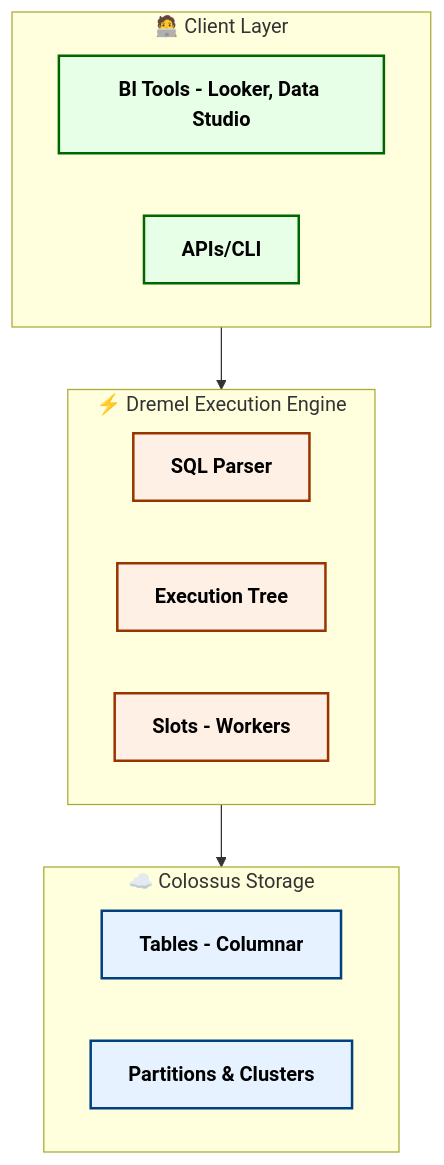
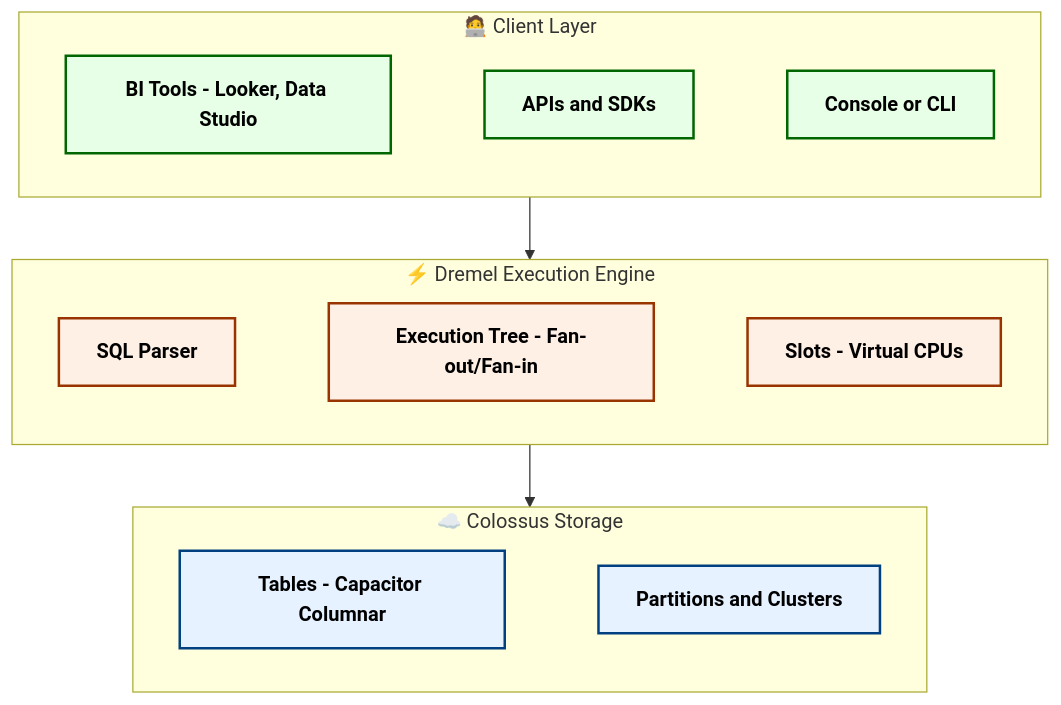
Before and after one commit to blaire101/DE2-AWS-Azure-GCP-2025: the first of 5 diagrams in GCP-interview.md, drawn with Mermaid. The commit also changed other lines of this file, not shown here.

`````diff
--- a/GCP-interview.md
+++ b/GCP-interview.md
@@ -20,25 +20,44 @@
 ```mermaid
 flowchart TD
-    classDef storage fill:#e6f2ff,stroke:#004080,stroke-width:2px,color:#000,font-weight:bold
-    classDef compute fill:#fff0e6,stroke:#993300,stroke-width:2px,color:#000,font-weight:bold
-    classDef client fill:#e6ffe6,stroke:#006600,stroke-width:2px,color:#000,font-weight:bold
 
-    subgraph Client["🧑‍💻 Client Layer"]
-        U1["BI Tools - Looker, Data Studio"]:::client
-        U2["APIs/CLI"]:::client
-    end
+%% ===== Styles =====
+classDef storage fill:#e6f2ff,stroke:#004080,stroke-width:2px,color:#000,font-weight:bold
+classDef compute fill:#fff0e6,stroke:#993300,stroke-width:2px,color:#000,font-weight:bold
+classDef client  fill:#e6ffe6,stroke:#006600,stroke-width:2px,color:#000,font-weight:bold
 
-    subgraph Compute["⚡ Dremel Execution Engine"]
-        Q1["SQL Parser"]:::compute
-        Q2["Execution Tree"]:::compute
-        Q3["Slots - Workers"]:::compute
-    end
+%% ===== Client Layer: subgraph with nodes forced horizontal via hidden links =====
+subgraph Client["🧑‍💻 Client Layer"]
+U1["BI Tools - Looker, Data Studio"]:::client
+U2["APIs and SDKs"]:::client
+U3["Console or CLI"]:::client
+U1 --- U2
+U2 --- U3
+end
 
-    subgraph Storage["☁️ Colossus Storage"]
-        T1["Tables - Columnar"]:::storage
-        P1["Partitions & Clusters"]:::storage
-    end
+%% ===== Compute Layer =====
+subgraph Compute["⚡ Dremel Execution Engine"]
+Q1["SQL Parser"]:::compute
+Q2["Execution Tree - Fan-out/Fan-in"]:::compute
+Q3["Slots - Virtual CPUs"]:::compute
+Q1 --- Q2
+Q2 --- Q3
+end
 
-    Client --> Compute
-    Compute --> Storage
-````
+%% ===== Storage Layer =====
+subgraph Storage["☁️ Colossus Storage"]
+T1["Tables - Capacitor Columnar"]:::storage
+P1["Partitions and Clusters"]:::storage
+T1 --- P1
+end
+
+%% ===== Vertical flow between the three frames =====
+Client --> Compute
+Compute --> Storage
+
+%% ===== Hide the helper horizontal links so only the frames and vertical arrows remain =====
+linkStyle 0 stroke-width:0px,fill:none
+linkStyle 1 stroke-width:0px,fill:none
+linkStyle 2 stroke-width:0px,fill:none
+linkStyle 3 stroke-width:0px,fill:none
+linkStyle 4 stroke-width:0px,fill:none
+```
`````
